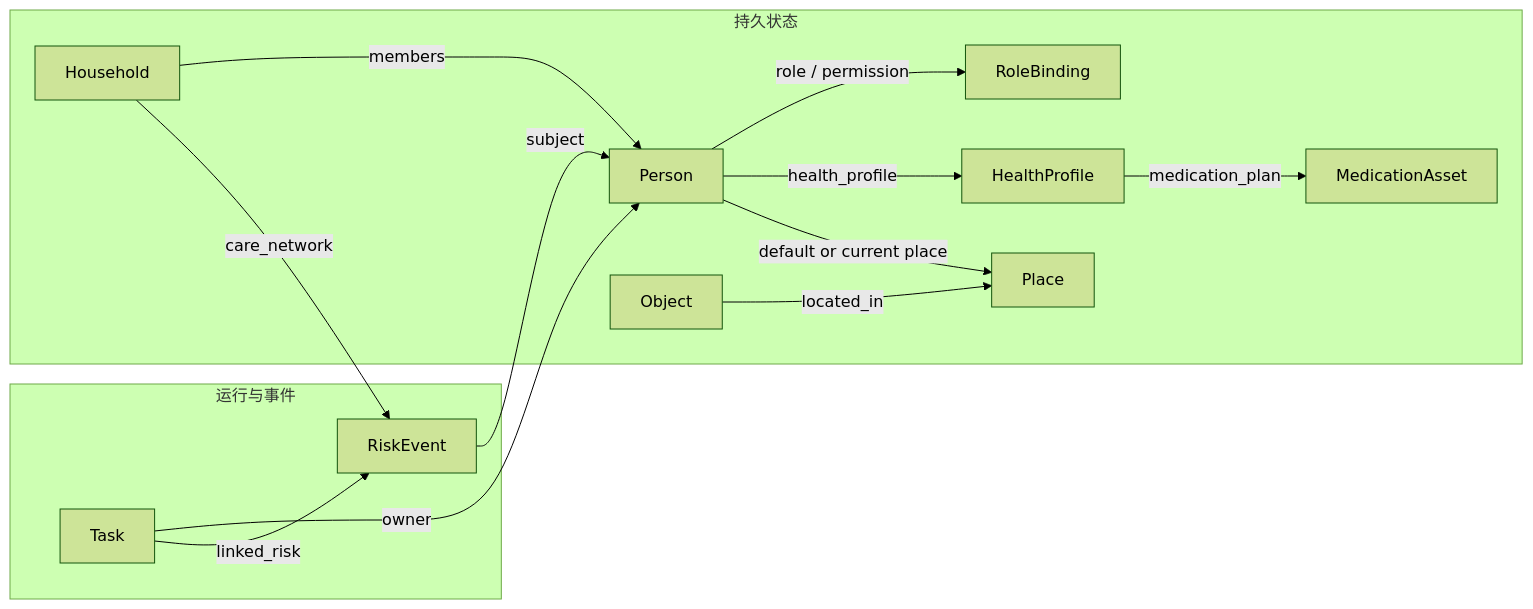
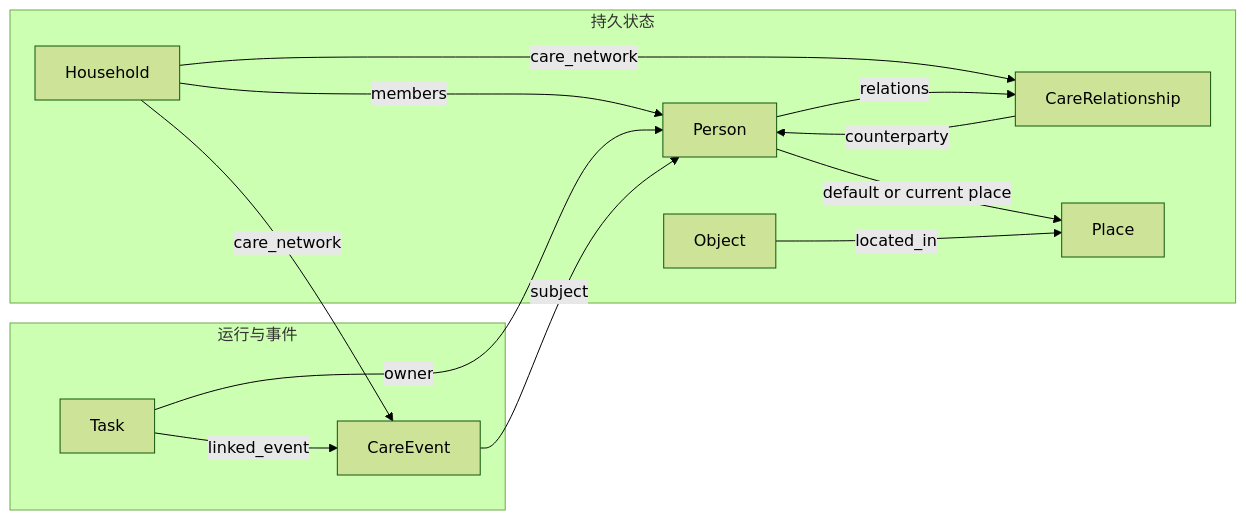
Before and after one commit to hlm12348765/Kinbot_OODA: the diagram in docs/02_p1_architecture/05_world_state_schema.md, drawn with Mermaid (forest theme). The commit also changed other lines of this file and 12 other files, not shown here.

First line of the commit message:
docs(architecture): close phase3 state model decisions

````diff
--- a/docs/02_p1_architecture/05_world_state_schema.md
+++ b/docs/02_p1_architecture/05_world_state_schema.md
@@ -161,28 +161,26 @@
 ```mermaid
 flowchart LR
     subgraph 持久状态
         HH[Household]
         PER[Person]
-        RB[RoleBinding]
+        REL[CareRelationship]
         PL[Place]
         OBJ[Object]
-        HP[HealthProfile]
-        MED[MedicationAsset]
     end
 
     subgraph 运行与事件
         TASK[Task]
-        RISK[RiskEvent]
+        CE[CareEvent]
     end
 
     HH -->|members| PER
-    HH -->|care_network| RISK
-    PER -->|role / permission| RB
-    PER -->|health_profile| HP
+    HH -->|care_network| REL
+    HH -->|care_network| CE
+    PER -->|relations| REL
     PER -->|default or current place| PL
     OBJ -->|located_in| PL
-    HP -->|medication_plan| MED
     TASK -->|owner| PER
-    TASK -->|linked_risk| RISK
-    RISK -->|subject| PER
+    TASK -->|linked_event| CE
+    CE -->|subject| PER
+    REL -->|counterparty| PER
 ```
````
